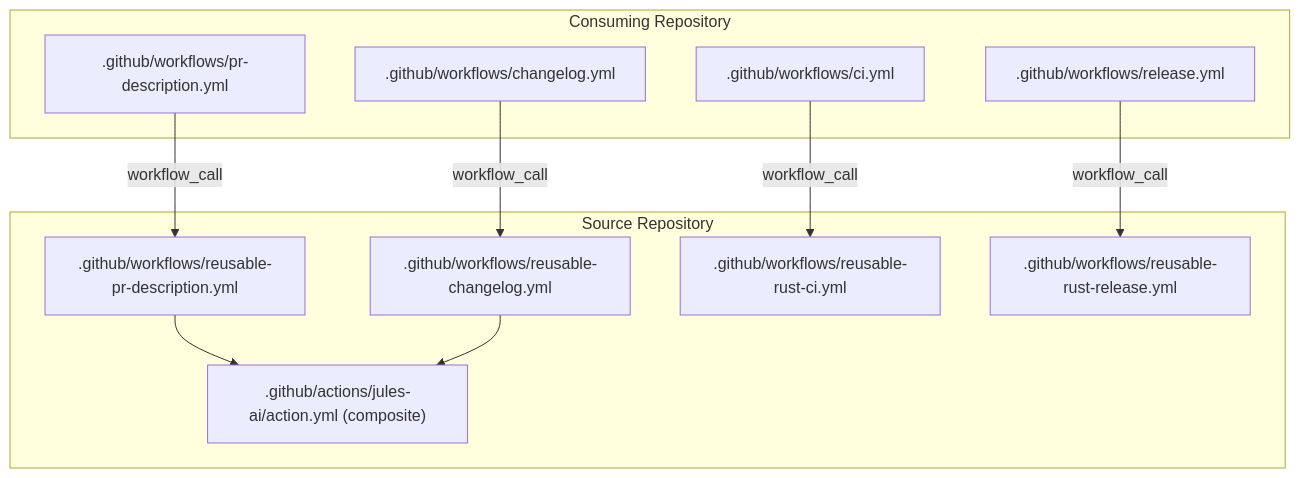
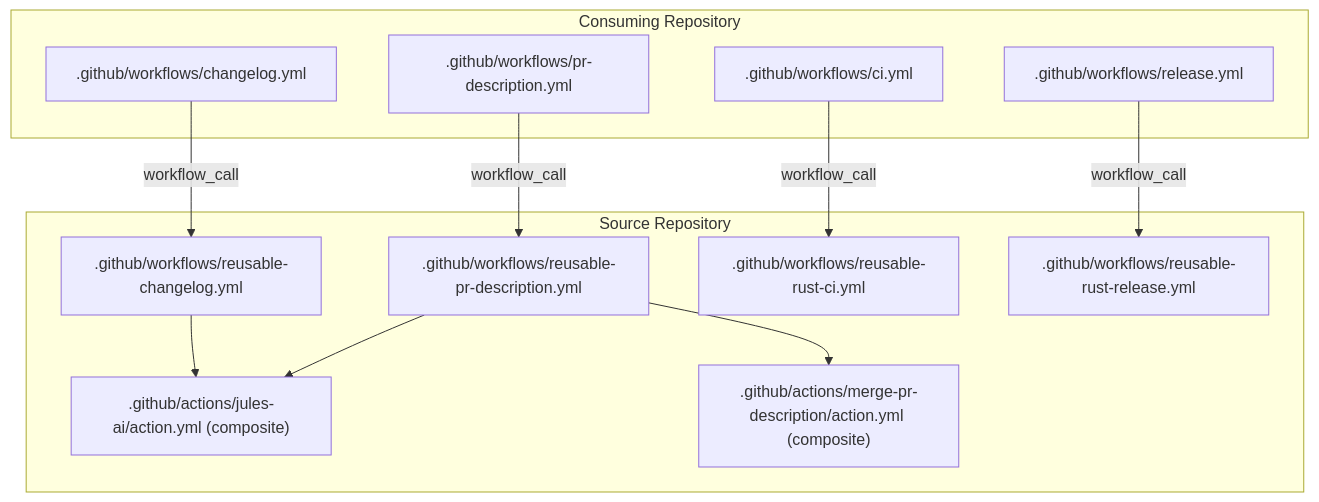
The diagram in .github/README.md (Weekendsuperhero-io/platform-tools), drawn with Mermaid before and after one commit. The commit also changed other lines of this file and 9 other files, not shown here.

````diff
--- a/.github/README.md
+++ b/.github/README.md
@@ -265,25 +285,27 @@
 ```mermaid
 flowchart TD
   subgraph Consuming["Consuming Repository"]
     C1[".github/workflows/pr-description.yml"]
     C2[".github/workflows/changelog.yml"]
     C3[".github/workflows/ci.yml"]
     C4[".github/workflows/release.yml"]
   end
 
   subgraph Source["Source Repository"]
     R1[".github/workflows/reusable-pr-description.yml"]
     R2[".github/workflows/reusable-changelog.yml"]
     R3[".github/workflows/reusable-rust-ci.yml"]
     R4[".github/workflows/reusable-rust-release.yml"]
     A1[".github/actions/jules-ai/action.yml (composite)"]
+    A2[".github/actions/merge-pr-description/action.yml (composite)"]
   end
 
   C1 -- workflow_call --> R1
   C2 -- workflow_call --> R2
   C3 -- workflow_call --> R3
   C4 -- workflow_call --> R4
 
   R1 --> A1
+  R1 --> A2
   R2 --> A1
 ```
````
